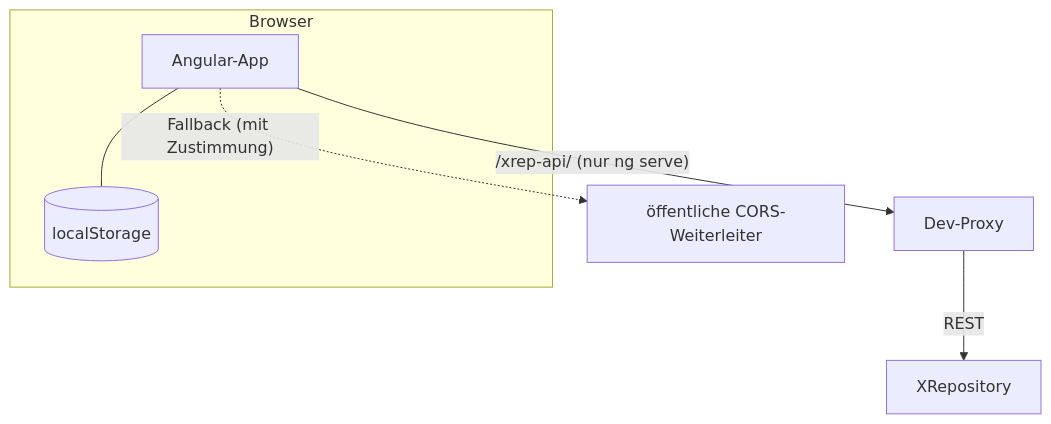
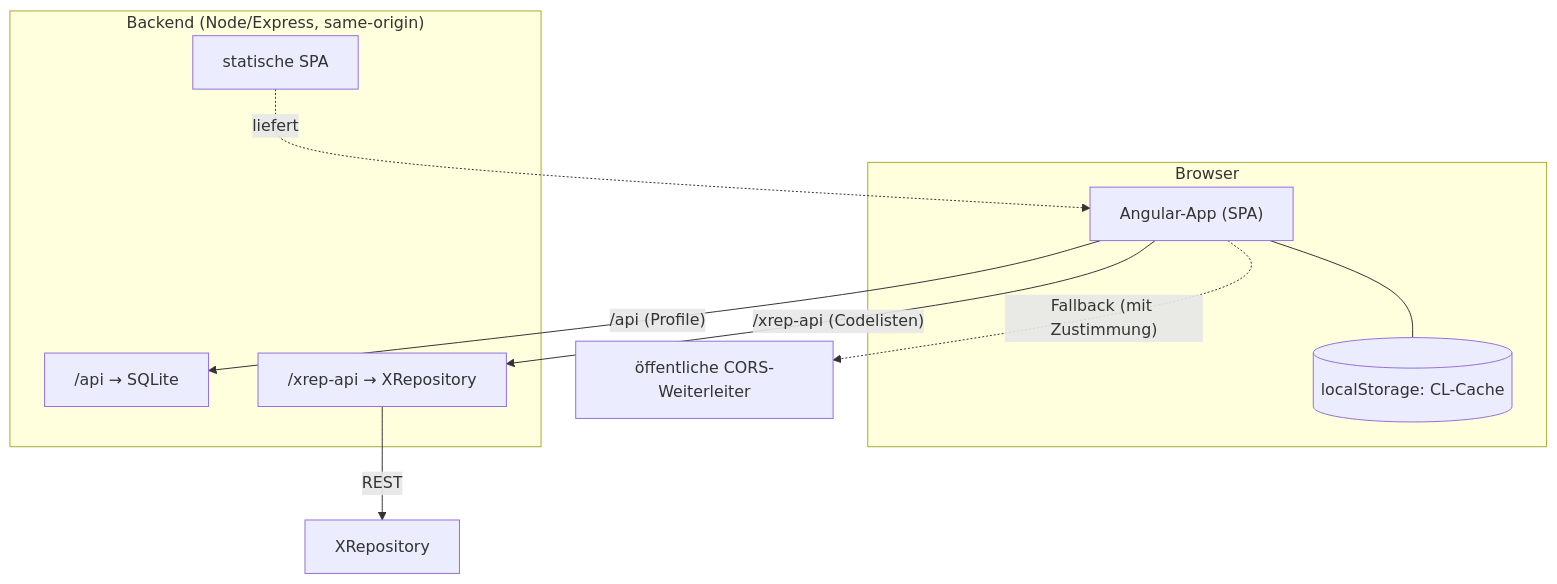
The fourth of 4 diagrams in docs/architecture.md (FinnFreiheit/Profilierer), drawn with Mermaid before and after one commit. The commit also changed other lines of this file and 24 other files, not shown here.

````diff
--- a/docs/architecture.md
+++ b/docs/architecture.md
@@ -83,10 +85,17 @@
 ```mermaid
 graph TB
   subgraph Browser
-    APP["Angular-App"]
-    APP --- LS[("localStorage")]
+    APP["Angular-App (SPA)"]
+    APP --- LS[("localStorage: CL-Cache")]
   end
-  APP -->|"/xrep-api/ (nur ng serve)"| DP["Dev-Proxy"]
-  DP -->|REST| XREP["XRepository"]
+  subgraph Server["Backend (Node/Express, same-origin)"]
+    API["/api → SQLite"]
+    STAT["statische SPA"]
+    XP["/xrep-api → XRepository"]
+  end
+  APP -->|"/api (Profile)"| API
+  APP -->|"/xrep-api (Codelisten)"| XP
+  XP -->|REST| XREP["XRepository"]
+  STAT -.->|liefert| APP
   APP -.->|"Fallback (mit Zustimmung)"| CORS["öffentliche CORS-Weiterleiter"]
 ```
````
